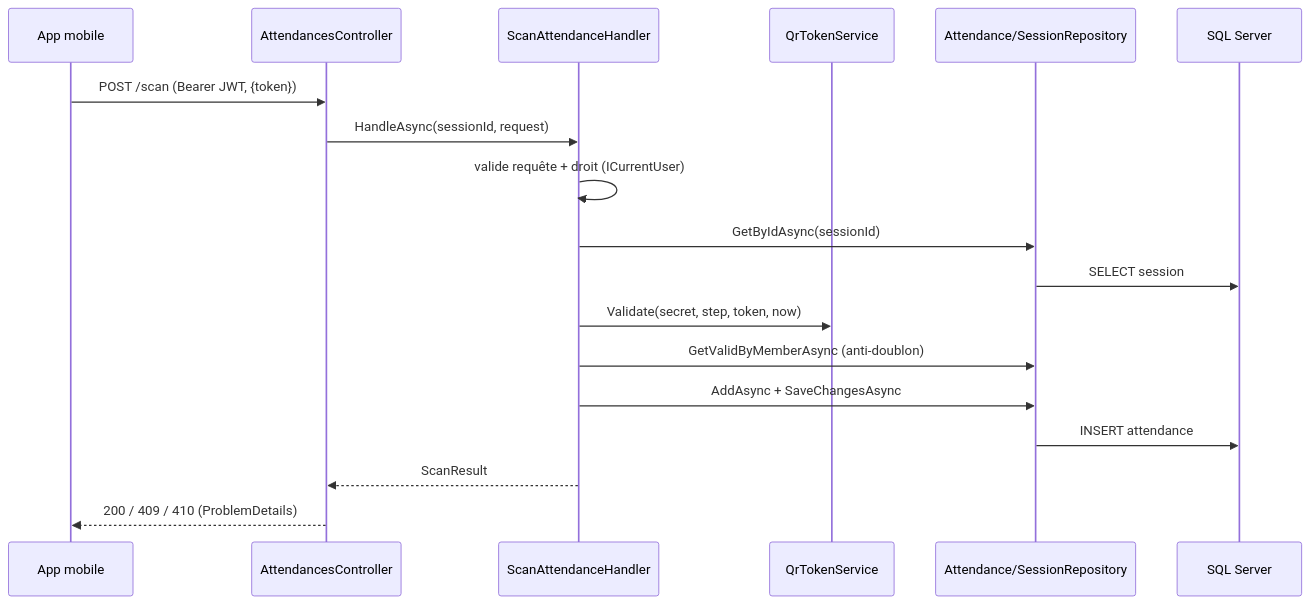
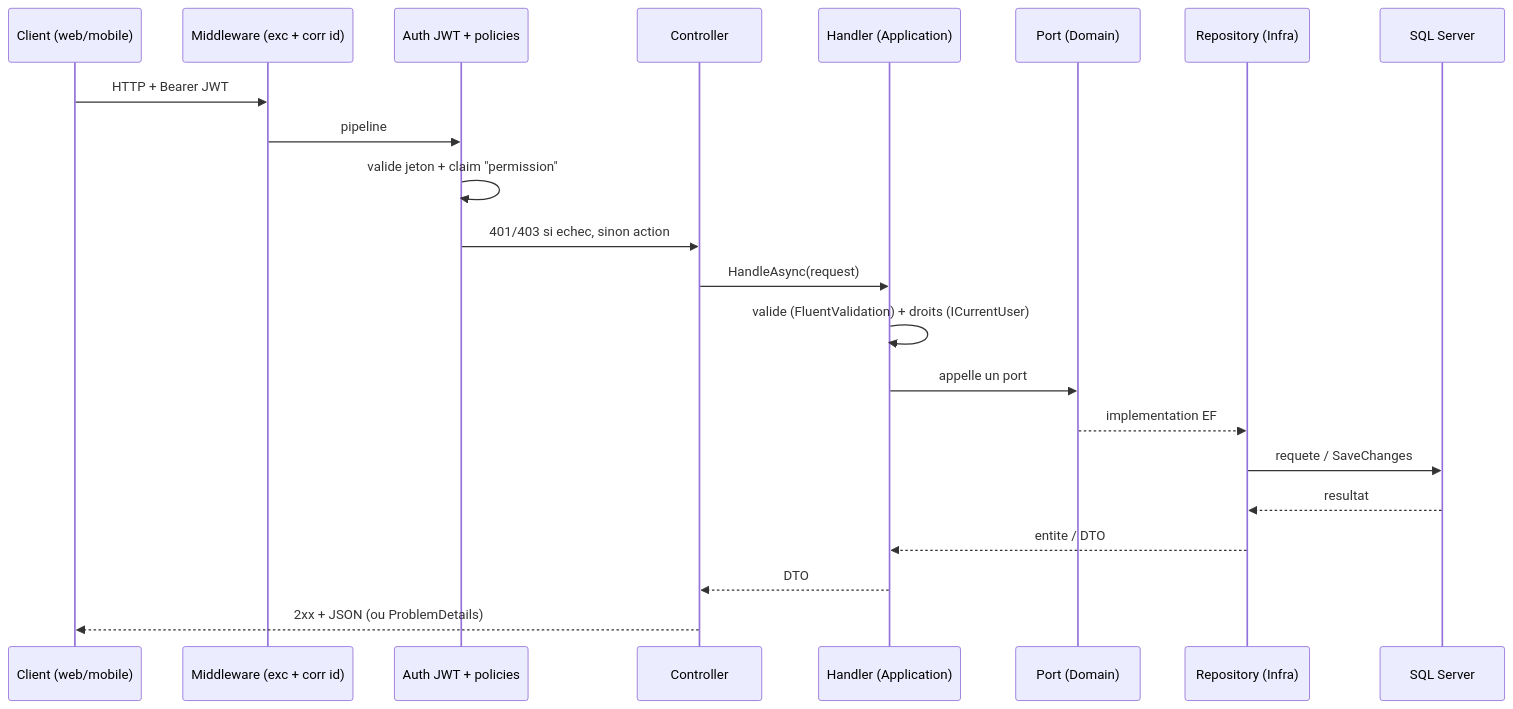
The third of 3 diagrams in docs/audit/02-architecture.md (kiboMarcel/lumineux), drawn with Mermaid before and after one commit. The commit also changed other lines of this file and 9 other files, not shown here.

````diff
--- a/docs/audit/02-architecture.md
+++ b/docs/audit/02-architecture.md
@@ -118,21 +134,25 @@
 ```mermaid
 sequenceDiagram
-    participant Cli as App mobile
-    participant Ctl as AttendancesController
-    participant H as ScanAttendanceHandler
-    participant QR as QrTokenService
-    participant Repo as Attendance/SessionRepository
-    participant DB as SQL Server
+    participant C as Client (web/mobile)
+    participant M as Middleware (exc + corr id)
+    participant A as Auth JWT + policies
+    participant Ctrl as Controller
+    participant H as Handler (Application)
+    participant P as Port (Domain)
+    participant R as Repository (Infra)
+    participant Db as SQL Server
 
-    Cli->>Ctl: POST /scan (Bearer JWT, {token})
-    Ctl->>H: HandleAsync(sessionId, request)
-    H->>H: valide requête + droit (ICurrentUser)
-    H->>Repo: GetByIdAsync(sessionId)
-    Repo->>DB: SELECT session
-    H->>QR: Validate(secret, step, token, now)
-    H->>Repo: GetValidByMemberAsync (anti-doublon)
-    H->>Repo: AddAsync + SaveChangesAsync
-    Repo->>DB: INSERT attendance
-    H-->>Ctl: ScanResult
-    Ctl-->>Cli: 200 / 409 / 410 (ProblemDetails)
+    C->>M: HTTP + Bearer JWT
+    M->>A: pipeline
+    A->>A: valide jeton + claim "permission"
+    A->>Ctrl: 401/403 si echec, sinon action
+    Ctrl->>H: HandleAsync(request)
+    H->>H: valide (FluentValidation) + droits (ICurrentUser)
+    H->>P: appelle un port
+    P-->>R: implementation EF
+    R->>Db: requete / SaveChanges
+    Db-->>R: resultat
+    R-->>H: entite / DTO
+    H-->>Ctrl: DTO
+    Ctrl-->>C: 2xx + JSON (ou ProblemDetails)
 ```
````
